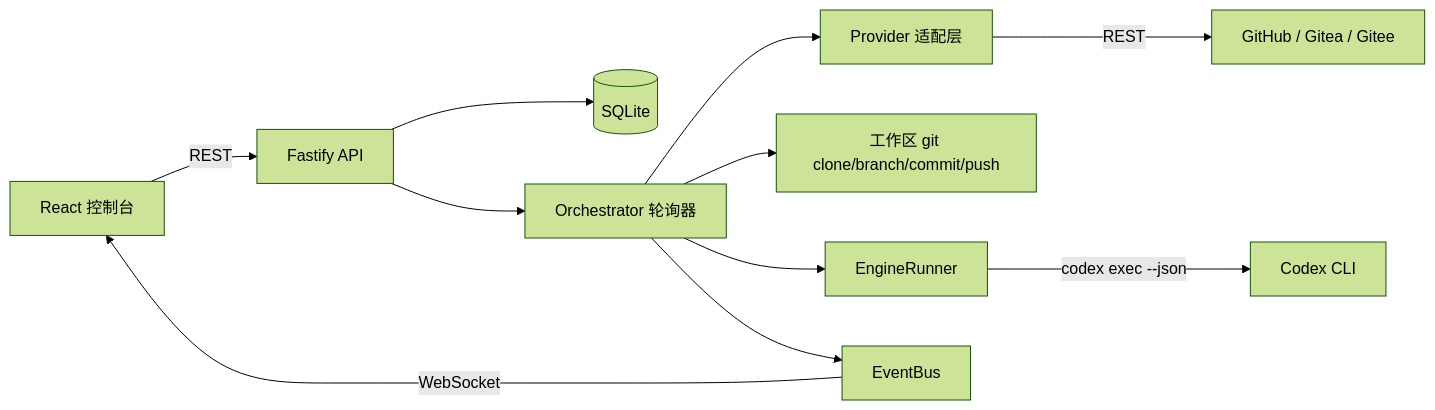
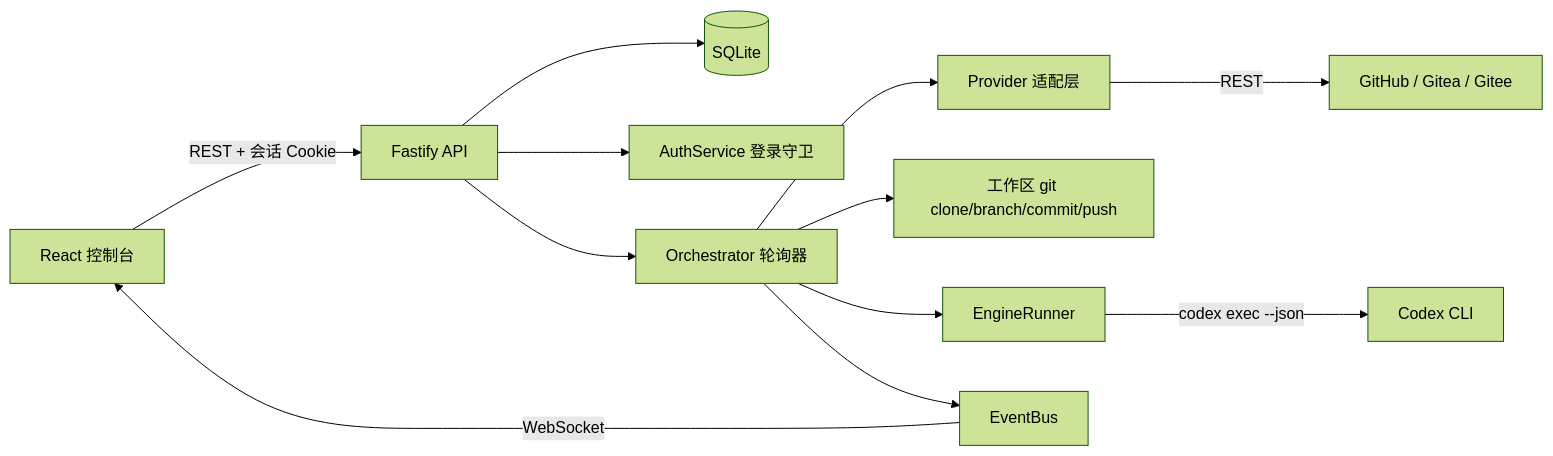
One commit to yourmoln/autogit changed the first of 3 diagrams in docs/ARCHITECTURE.md. Above: the diagram before and after it, drawn with Mermaid (forest theme). The commit also changed other lines of this file and 24 other files, not shown here.

````diff
--- a/docs/ARCHITECTURE.md
+++ b/docs/ARCHITECTURE.md
@@ -21,13 +21,14 @@
 ```mermaid
 flowchart LR
-    UI[React 控制台] -->|REST| API[Fastify API]
+    UI[React 控制台] -->|REST + 会话 Cookie| API[Fastify API]
     API --> STORE[(SQLite)]
+    API --> AUTH[AuthService 登录守卫]
     API --> ORCH[Orchestrator 轮询器]
     ORCH --> PROV[Provider 适配层]
     PROV -->|REST| HOST[GitHub / Gitea / Gitee]
     ORCH --> WS[工作区 git clone/branch/commit/push]
     ORCH --> RUN[EngineRunner]
     RUN -->|codex exec --json| CODEX[Codex CLI]
     ORCH --> BUS[EventBus]
     BUS -->|WebSocket| UI
 ```
````
